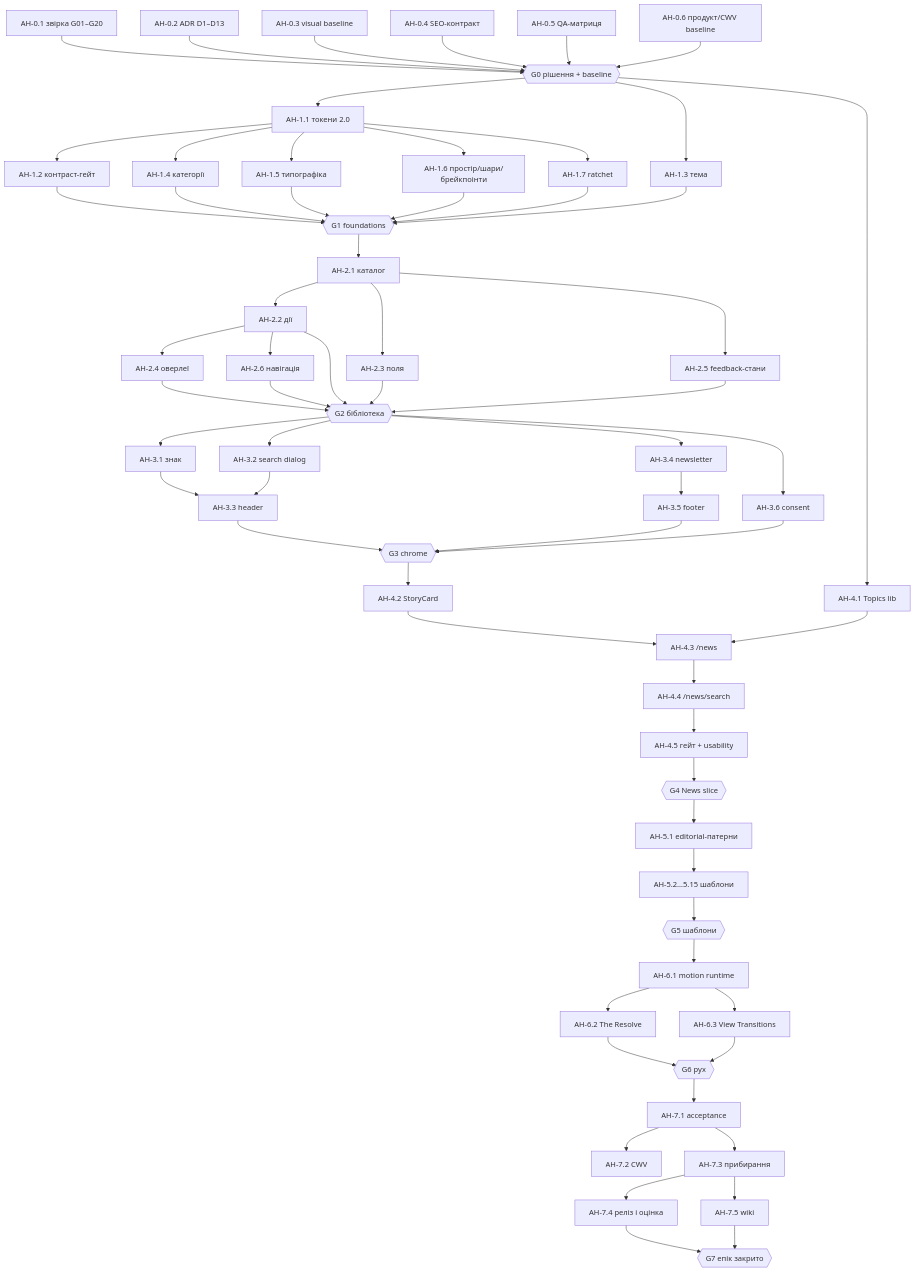
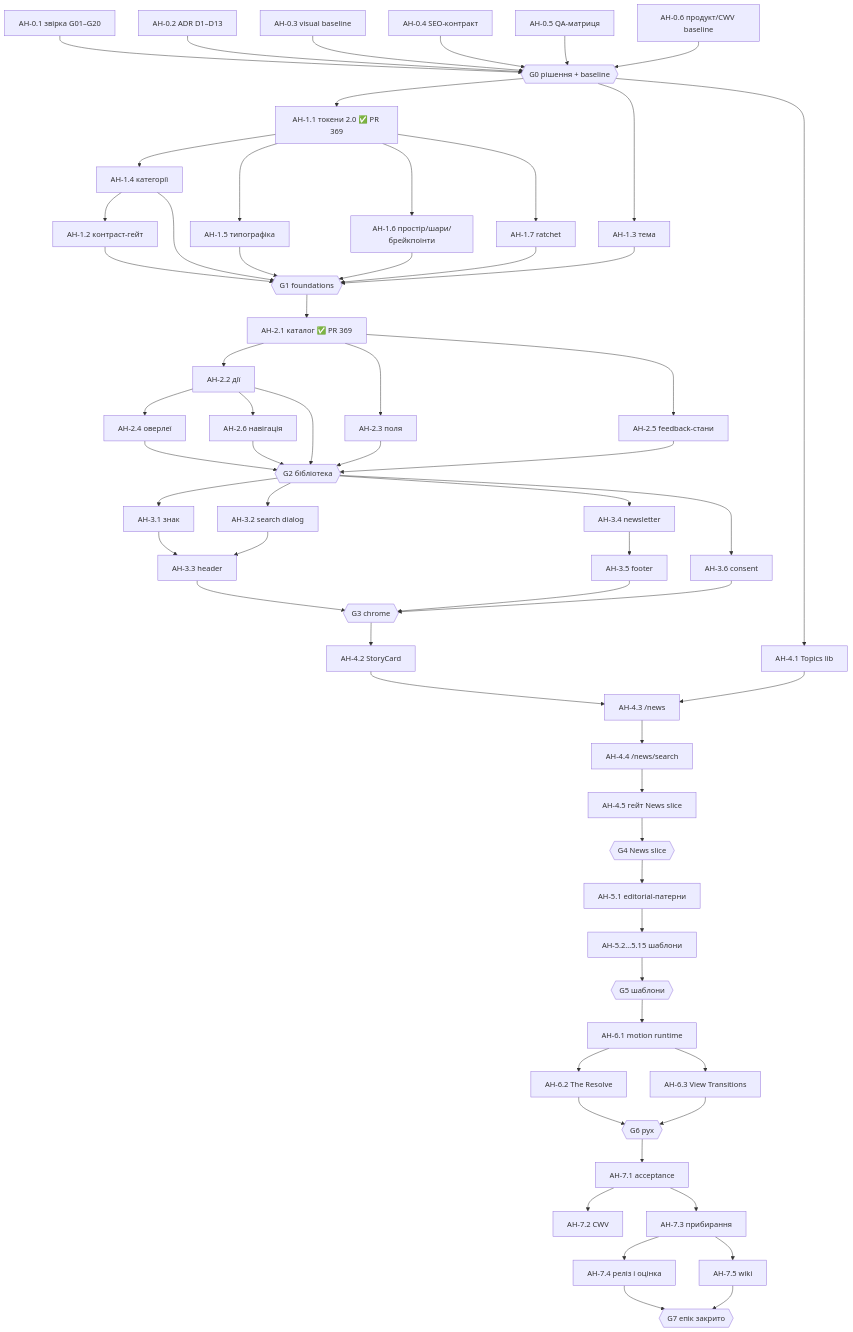
Before and after one commit to sanchahous/ai-today-brief: the diagram in wiki/product/after-hours-redesign-epic.md, drawn with Mermaid. The commit also changed other lines of this file and 5 other files, not shown here.

````diff
--- a/wiki/product/after-hours-redesign-epic.md
+++ b/wiki/product/after-hours-redesign-epic.md
@@ -242,34 +270,34 @@
 ```mermaid
 flowchart TD
   G0{{G0 рішення + baseline}}
   A01[AH-0.1 звірка G01–G20] --> G0
   A02[AH-0.2 ADR D1–D13] --> G0
   A03[AH-0.3 visual baseline] --> G0
   A04[AH-0.4 SEO-контракт] --> G0
   A05[AH-0.5 QA-матриця] --> G0
   A06[AH-0.6 продукт/CWV baseline] --> G0
-  G0 --> A11[AH-1.1 токени 2.0]
-  A11 --> A12[AH-1.2 контраст-гейт]
+  G0 --> A11[AH-1.1 токени 2.0 ✅ PR 369]
   G0 --> A13[AH-1.3 тема]
   A11 --> A14[AH-1.4 категорії] & A15[AH-1.5 типографіка] & A16[AH-1.6 простір/шари/брейкпоінти] & A17[AH-1.7 ratchet]
+  A14 --> A12[AH-1.2 контраст-гейт]
   A12 & A13 & A14 & A15 & A16 & A17 --> G1{{G1 foundations}}
-  G1 --> A21[AH-2.1 каталог] --> A22[AH-2.2 дії] & A23[AH-2.3 поля] & A25[AH-2.5 feedback-стани]
+  G1 --> A21[AH-2.1 каталог ✅ PR 369] --> A22[AH-2.2 дії] & A23[AH-2.3 поля] & A25[AH-2.5 feedback-стани]
   A22 --> A24[AH-2.4 оверлеї] & A26[AH-2.6 навігація]
   A22 & A23 & A24 & A25 & A26 --> G2{{G2 бібліотека}}
   G2 --> A31[AH-3.1 знак] --> A33[AH-3.3 header]
   G2 --> A32[AH-3.2 search dialog] --> A33
   G2 --> A34[AH-3.4 newsletter] --> A35[AH-3.5 footer]
   G2 --> A36[AH-3.6 consent]
   A33 & A35 & A36 --> G3{{G3 chrome}}
   G0 --> A41[AH-4.1 Topics lib]
   G3 --> A42[AH-4.2 StoryCard] --> A43[AH-4.3 /news]
-  A41 --> A43 --> A44[AH-4.4 /news/search] --> A45[AH-4.5 гейт + usability]
+  A41 --> A43 --> A44[AH-4.4 /news/search] --> A45[AH-4.5 гейт News slice]
   A45 --> G4{{G4 News slice}}
   G4 --> A51[AH-5.1 editorial-патерни] --> T5[AH-5.2…5.15 шаблони]
   T5 --> G5{{G5 шаблони}}
   G5 --> A61[AH-6.1 motion runtime] --> A62[AH-6.2 The Resolve] & A63[AH-6.3 View Transitions]
   A62 & A63 --> G6{{G6 рух}}
   G6 --> A71[AH-7.1 acceptance] --> A72[AH-7.2 CWV] & A73[AH-7.3 прибирання]
   A73 --> A74[AH-7.4 реліз і оцінка] & A75[AH-7.5 wiki]
   A74 & A75 --> G7{{G7 епік закрито}}
 ```
````
